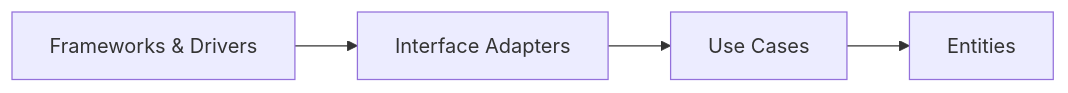
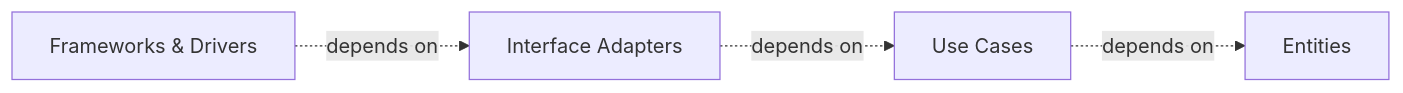
One commit to AndresTaoFlorez/software-architecture changed the first of 4 diagrams in clean-architecture/1-the-dependency-rule.md. Above: the diagram before and after it, drawn with Mermaid. The commit also changed other lines of this file and 21 other files, not shown here.

````diff
--- a/clean-architecture/1-the-dependency-rule.md
+++ b/clean-architecture/1-the-dependency-rule.md
@@ -20,10 +20,10 @@
 ```mermaid
 flowchart LR
     N0["Entities"]
     N1["Use Cases"]
-    N1 --> N0
+    N1 -. "depends on" .-> N0
     N2["Interface Adapters"]
-    N2 --> N1
+    N2 -. "depends on" .-> N1
     N3["Frameworks & Drivers"]
-    N3 --> N2
+    N3 -. "depends on" .-> N2
 ```
````
